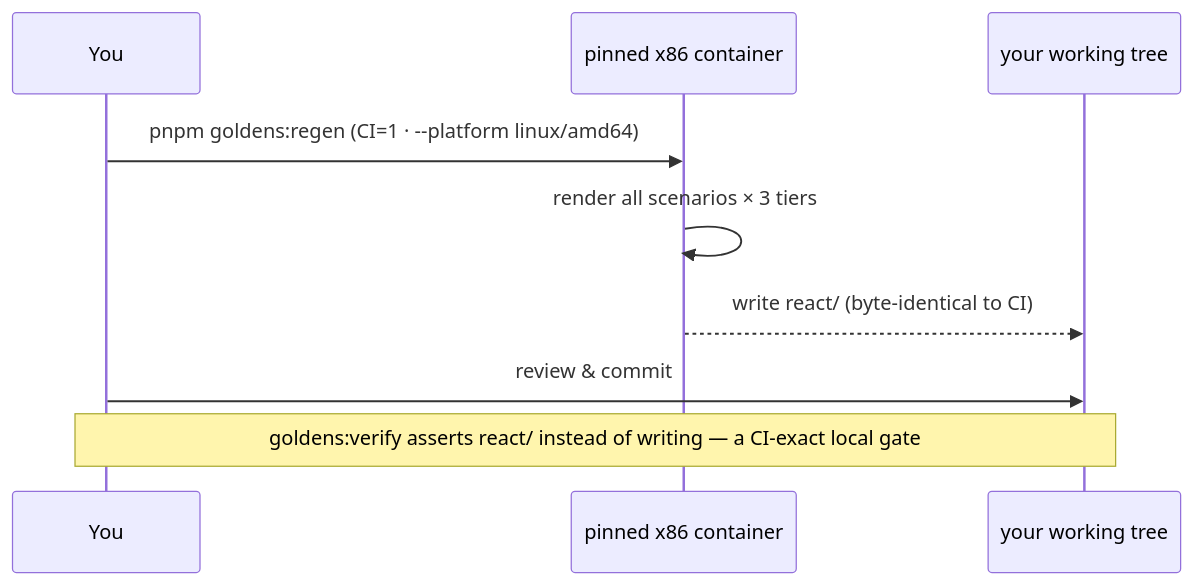
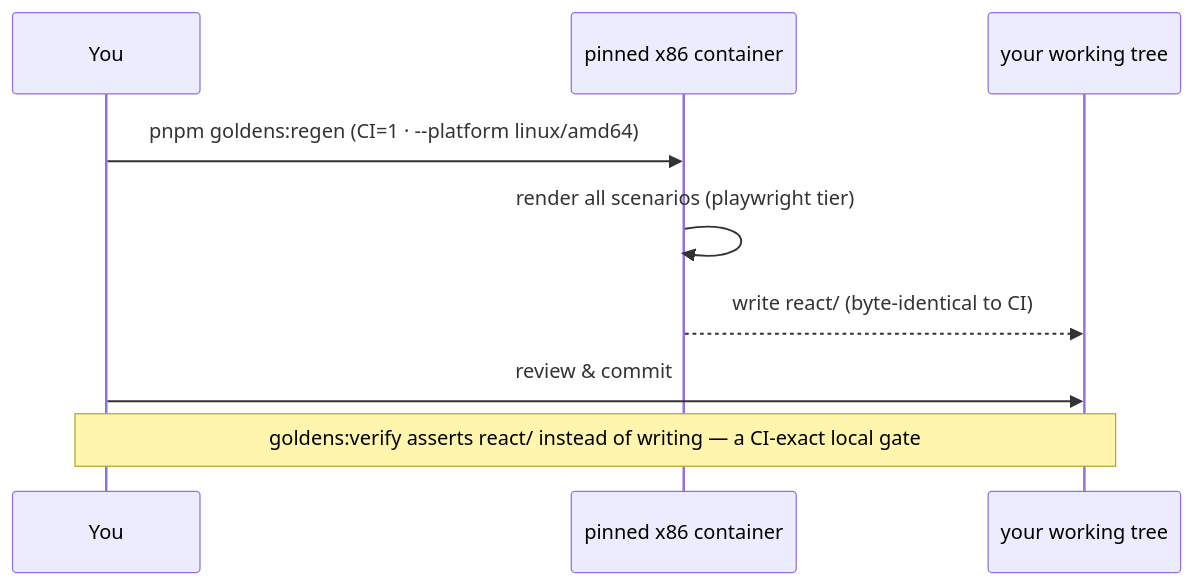
One commit to bettersoftware-io/ReactiveTraderCloudClone changed the fifth of 9 diagrams in packages/client-react/tests/ui/visual/UPDATING-GOLDENS.md. Above: the diagram before and after it, drawn with Mermaid. The commit also changed other lines of this file and 5358 other files, not shown here.

First line of the commit message:
refactor(visual)!: retire playwright-ct + vitest-browser assert tiers — Tier 2 is the visual contract

````diff
--- a/packages/client-react/tests/ui/visual/UPDATING-GOLDENS.md
+++ b/packages/client-react/tests/ui/visual/UPDATING-GOLDENS.md
@@ -122,11 +123,11 @@
 ```mermaid
 sequenceDiagram
     participant You
     participant Container as pinned x86 container
     participant Tree as your working tree
     You->>Container: pnpm goldens:regen (CI=1 · --platform linux/amd64)
-    Container->>Container: render all scenarios × 3 tiers
+    Container->>Container: render all scenarios (playwright tier)
     Container-->>Tree: write react/ (byte-identical to CI)
     You->>Tree: review & commit
     Note over You,Tree: goldens:verify asserts react/ instead of writing — a CI-exact local gate
 ```
````
